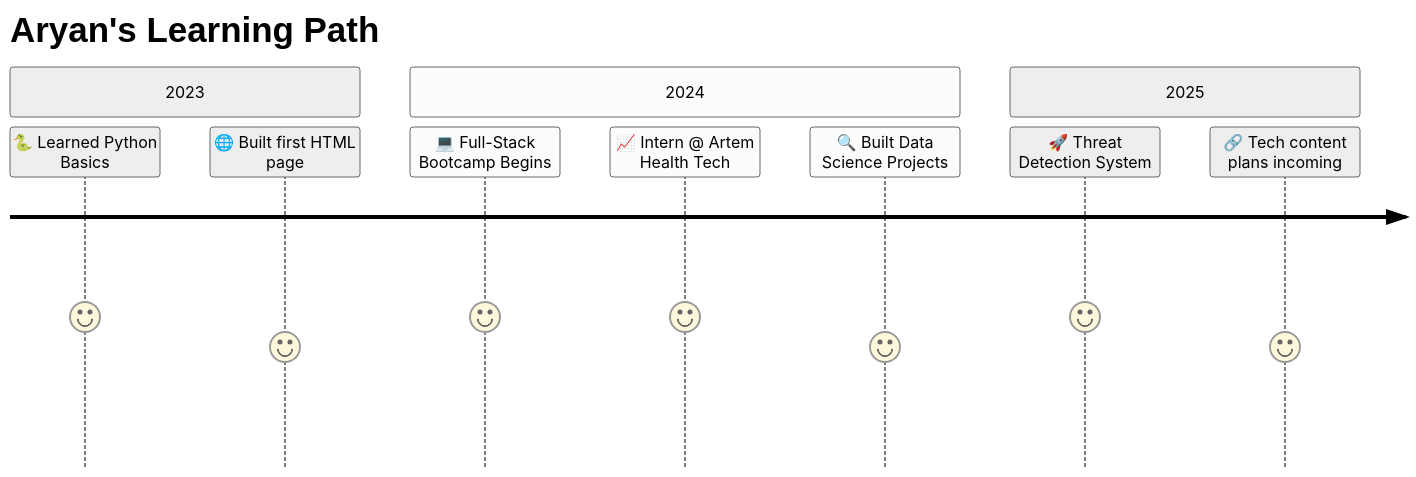
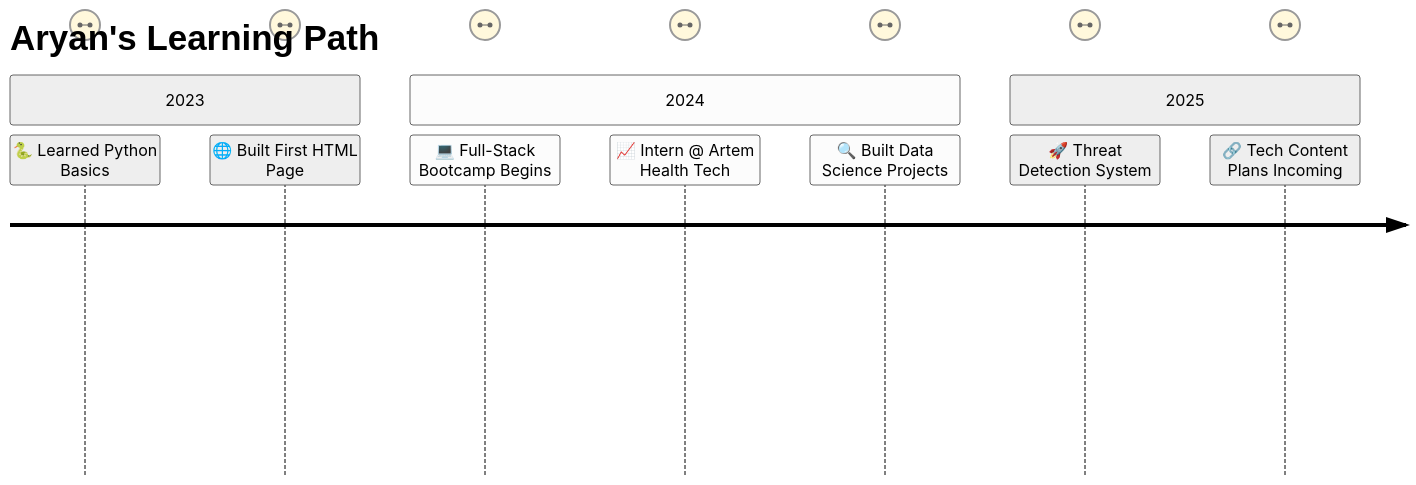
One commit to aryan-dani/aryan-dani changed the diagram in README.md. Above: the diagram before and after it, drawn with Mermaid (neutral theme). The commit also changed other lines of this file, not shown here.

````diff
--- a/README.md
+++ b/README.md
@@ -68,14 +74,14 @@
 ```mermaid
 journey
     title Aryan's Learning Path
     section 2023
-      🐍 Learned Python Basics : 5
-      🌐 Built first HTML page : 4
+        🐍 Learned Python Basics: Beginner
+        🌐 Built First HTML Page: Novice
     section 2024
-      💻 Full-Stack Bootcamp Begins : 5
-      📈 Intern @ Artem Health Tech : 5
-      🔍 Built Data Science Projects : 4
+        💻 Full-Stack Bootcamp Begins: Intermediate
+        📈 Intern @ Artem Health Tech: Gained Industry Experience
+        🔍 Built Data Science Projects: Advanced Beginner
     section 2025
-      🚀 Threat Detection System : 5
-      🔗 Tech content plans incoming : 4
+        🚀 Threat Detection System: Advanced
+        🔗 Tech Content Plans Incoming: Content Creator
 ```
````
